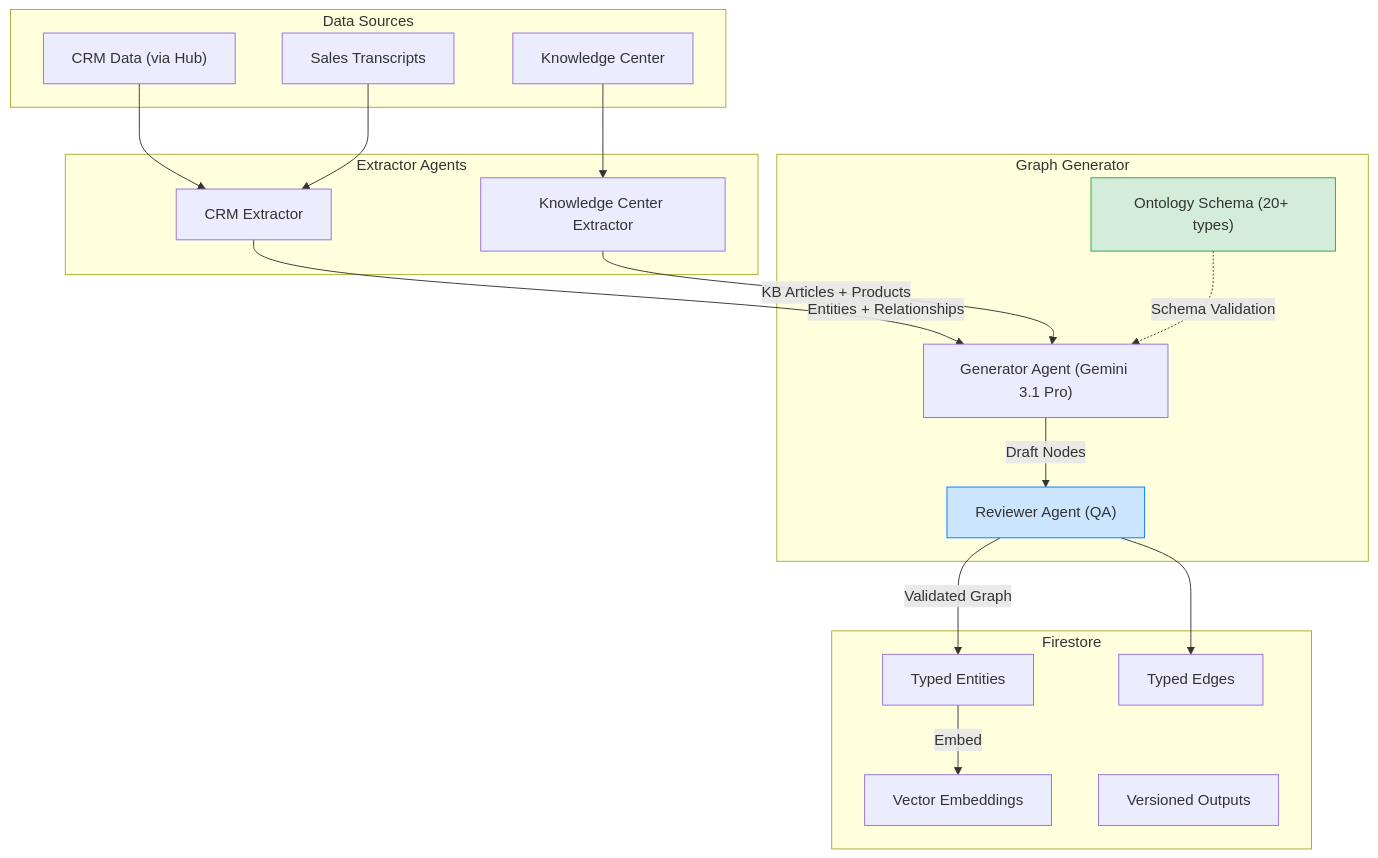
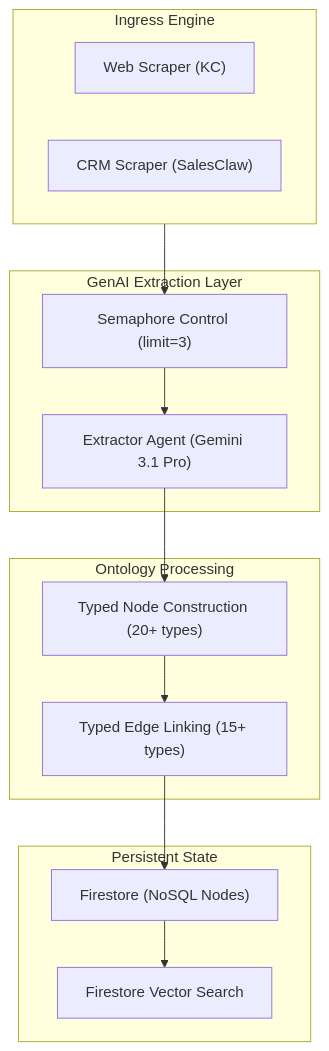
One commit to aroucadi/handoff_agent changed the fourth of 4 diagrams in docs/ARCHITECTURE.md. Above: the diagram before and after it, drawn with Mermaid. The commit also changed other lines of this file and 72 other files, not shown here.

````diff
--- a/docs/ARCHITECTURE.md
+++ b/docs/ARCHITECTURE.md
@@ -111,40 +147,29 @@
 ```mermaid
 graph TD
-    subgraph Sources ["Data Sources"]
-        CRM["CRM Data (via Hub)"]
-        KC["Knowledge Center"]
-        TR["Sales Transcripts"]
+    subgraph Ingress ["Ingress Engine"]
+        W["Web Scraper (KC)"]
+        C["CRM Scraper (SalesClaw)"]
     end
 
-    subgraph Extractors ["Extractor Agents"]
-        CE["CRM Extractor"]
-        KCE["Knowledge Center Extractor"]
+    subgraph Extraction ["GenAI Extraction Layer"]
+        EX["Extractor Agent (Gemini 3.1 Pro)"]
+        SEM["Semaphore Control (limit=3)"]
     end
 
-    subgraph Generator ["Graph Generator"]
-        ONT["Ontology Schema (20+ types)"]
-        GEN["Generator Agent (Gemini 3.1 Pro)"]
-        REV["Reviewer Agent (QA)"]
+    subgraph Transformation ["Ontology Processing"]
+        TYP["Typed Node Construction (20+ types)"]
+        EDG["Typed Edge Linking (15+ types)"]
     end
 
-    subgraph Storage ["Firestore"]
-        ENT["Typed Entities"]
-        EDG["Typed Edges"]
-        VEC["Vector Embeddings"]
-        OUT["Versioned Outputs"]
+    subgraph Storage ["Persistent State"]
+        FS["Firestore (NoSQL Nodes)"]
+        VEC["Firestore Vector Search"]
     end
 
-    CRM --> CE
-    KC --> KCE
-    TR --> CE
-    CE -->|Entities + Relationships| GEN
-    KCE -->|KB Articles + Products| GEN
-    ONT -.->|Schema Validation| GEN
-    GEN -->|Draft Nodes| REV
-    REV -->|Validated Graph| ENT
-    REV --> EDG
-    ENT -->|Embed| VEC
-    
-    style ONT fill:#d4edda,stroke:#28a745
-    style REV fill:#cce5ff,stroke:#007bff
+    Ingress --> SEM
+    SEM --> EX
+    EX --> TYP
+    TYP --> EDG
+    EDG --> FS
+    FS --> VEC
 ```
````
